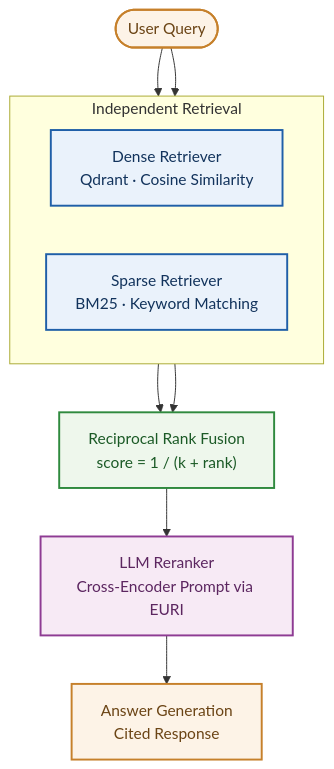
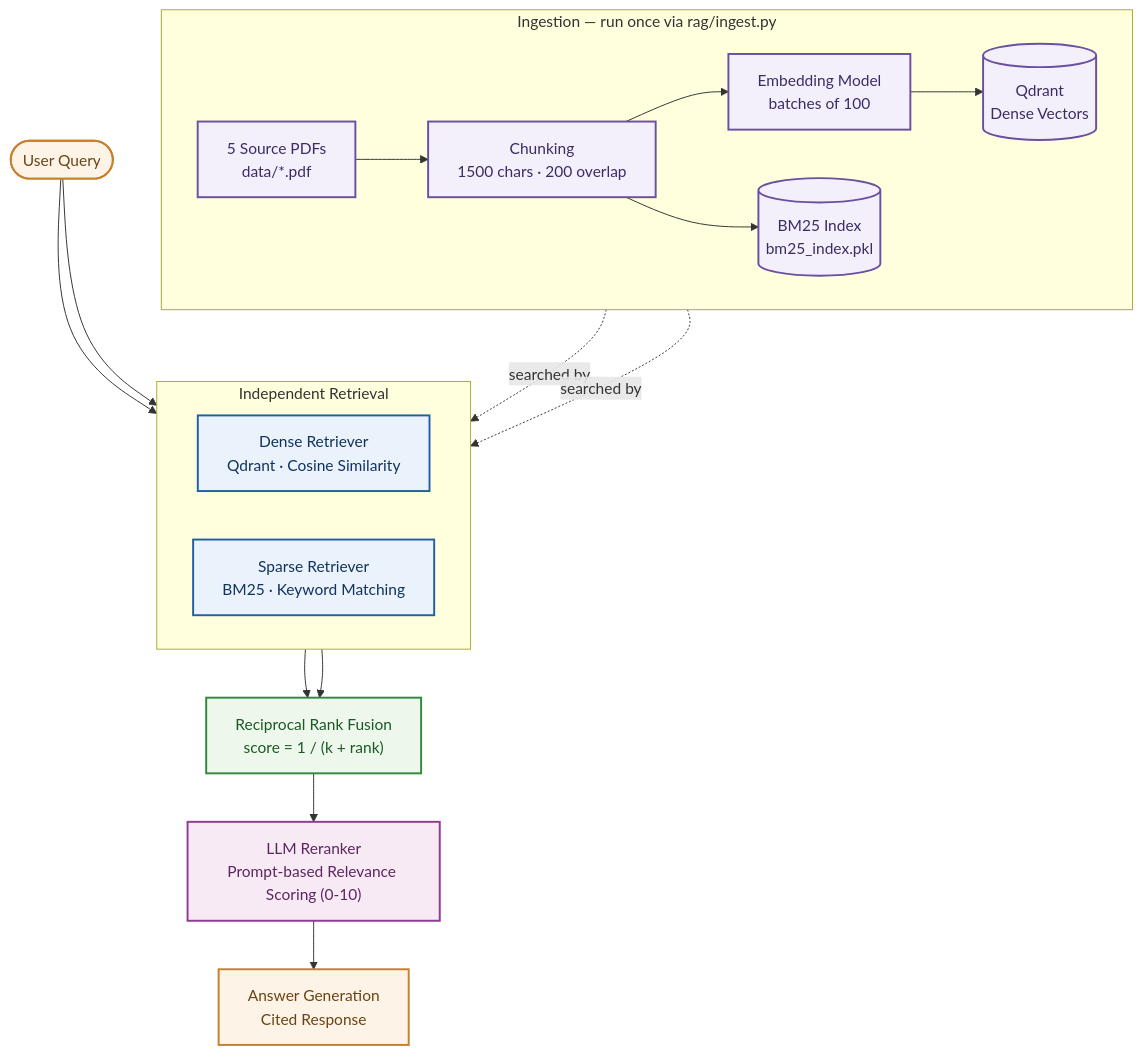
The diagram in README.md (saurabhkamal/Hybrid-Search-RRF-Reranking-System), drawn with Mermaid before and after one commit. The commit also changed other lines of this file and 3 other files, not shown here.

Commit message:
Update README architecture diagram and env example

````diff
--- a/README.md
+++ b/README.md
@@ -31,32 +31,45 @@
 ```mermaid
 flowchart TD
+    subgraph ING [" Ingestion — run once via rag/ingest.py "]
+        direction LR
+        PDF["5 Source PDFs<br/>data/*.pdf"] --> CHUNK["Chunking<br/>1500 chars · 200 overlap"]
+        CHUNK --> EMB["Embedding Model<br/>batches of 100"]
+        EMB --> QVEC[("Qdrant<br/>Dense Vectors")]
+        CHUNK --> BM25IDX[("BM25 Index<br/>bm25_index.pkl")]
+    end
+
     Q(["User Query"])
 
     subgraph RET [" Independent Retrieval "]
         direction LR
         D["Dense Retriever<br/>Qdrant · Cosine Similarity"]
         S["Sparse Retriever<br/>BM25 · Keyword Matching"]
     end
 
+    QVEC -.searched by.-> D
+    BM25IDX -.searched by.-> S
+
     Q --> D
     Q --> S
 
     D --> F["Reciprocal Rank Fusion<br/>score = 1 / (k + rank)"]
     S --> F
 
-    F --> RR["LLM Reranker<br/>Cross-Encoder Prompt via EURI"]
+    F --> RR["LLM Reranker<br/>Prompt-based Relevance Scoring (0-10)"]
 
     RR --> G["Answer Generation<br/>Cited Response"]
 
+    classDef ingest fill:#F3F0FB,stroke:#6B4FA0,stroke-width:2px,color:#3D2C63
     classDef query fill:#FDF3E7,stroke:#C6802B,stroke-width:2px,color:#6B4415
     classDef retrieval fill:#EAF2FB,stroke:#1F5FA8,stroke-width:2px,color:#12335C
     classDef fusion fill:#EEF7EC,stroke:#2F8A3E,stroke-width:2px,color:#1B5A26
     classDef rerank fill:#F7EAF5,stroke:#8E3B93,stroke-width:2px,color:#5C2660
     classDef answer fill:#FDF3E7,stroke:#C6802B,stroke-width:2px,color:#6B4415
 
+    class PDF,CHUNK,EMB,QVEC,BM25IDX ingest
     class Q query
     class D,S retrieval
     class F fusion
     class RR rerank
     class G answer
 ```
````
